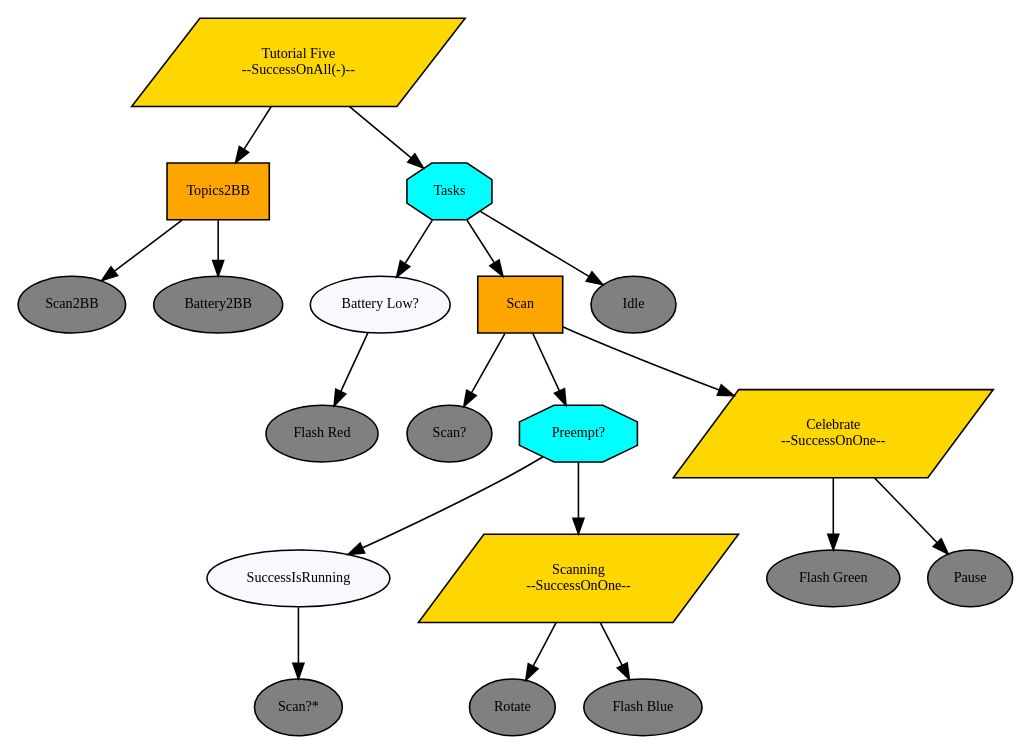
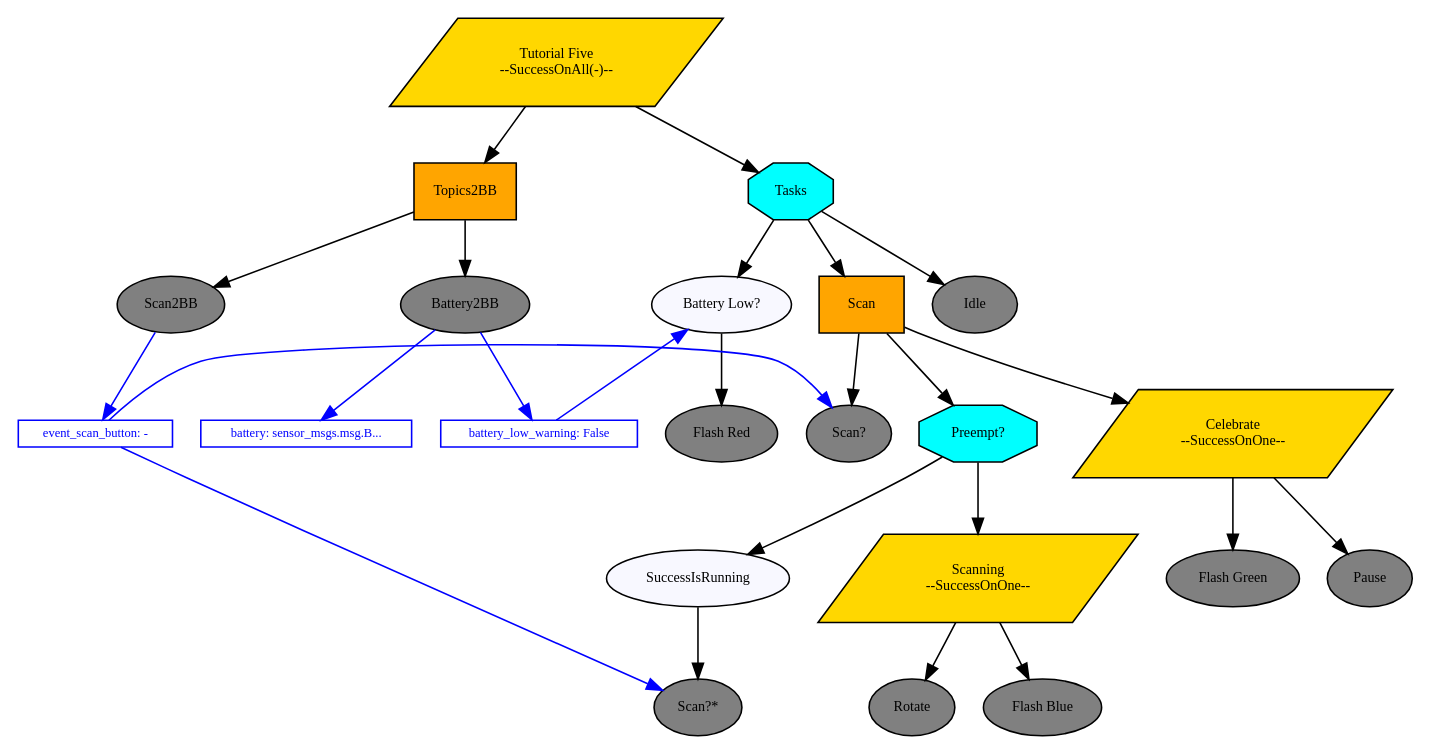
One commit to splintered-reality/py_trees_ros_tutorials changed the diagram in doc/dot/tutorial-five-action-clients.dot. Above: the diagram before and after it, drawn with Graphviz. The commit also changed 13 other files, not shown here.

```diff
--- a/doc/dot/tutorial-five-action-clients.dot
+++ b/doc/dot/tutorial-five-action-clients.dot
@@ -1,42 +1,102 @@
 digraph pastafarianism {
 graph [fontname="times-roman"];
 node [fontname="times-roman"];
 edge [fontname="times-roman"];
 "Tutorial Five" [label="Tutorial Five\n--SuccessOnAll(-)--", shape=parallelogram, style=filled, fillcolor=gold, fontsize=9, fontcolor=black];
 Topics2BB [label=Topics2BB, shape=box, style=filled, fillcolor=orange, fontsize=9, fontcolor=black];
 "Tutorial Five" -> Topics2BB;
 Scan2BB [label=Scan2BB, shape=ellipse, style=filled, fillcolor=gray, fontsize=9, fontcolor=black];
 Topics2BB -> Scan2BB;
 Battery2BB [label=Battery2BB, shape=ellipse, style=filled, fillcolor=gray, fontsize=9, fontcolor=black];
 Topics2BB -> Battery2BB;
+subgraph  {
+label=children_of_Topics2BB;
+rank=same;
+Scan2BB [label=Scan2BB, shape=ellipse, style=filled, fillcolor=gray, fontsize=9, fontcolor=black];
+Battery2BB [label=Battery2BB, shape=ellipse, style=filled, fillcolor=gray, fontsize=9, fontcolor=black];
+}
+
 Tasks [label=Tasks, shape=octagon, style=filled, fillcolor=cyan, fontsize=9, fontcolor=black];
 "Tutorial Five" -> Tasks;
 "Battery Low?" [label="Battery Low?", shape=ellipse, style=filled, fillcolor=ghostwhite, fontsize=9, fontcolor=black];
 Tasks -> "Battery Low?";
 "Flash Red" [label="Flash Red", shape=ellipse, style=filled, fillcolor=gray, fontsize=9, fontcolor=black];
 "Battery Low?" -> "Flash Red";
 Scan [label=Scan, shape=box, style=filled, fillcolor=orange, fontsize=9, fontcolor=black];
 Tasks -> Scan;
 "Scan?" [label="Scan?", shape=ellipse, style=filled, fillcolor=gray, fontsize=9, fontcolor=black];
 Scan -> "Scan?";
 "Preempt?" [label="Preempt?", shape=octagon, style=filled, fillcolor=cyan, fontsize=9, fontcolor=black];
 Scan -> "Preempt?";
 SuccessIsRunning [label=SuccessIsRunning, shape=ellipse, style=filled, fillcolor=ghostwhite, fontsize=9, fontcolor=black];
 "Preempt?" -> SuccessIsRunning;
 "Scan?*" [label="Scan?*", shape=ellipse, style=filled, fillcolor=gray, fontsize=9, fontcolor=black];
 SuccessIsRunning -> "Scan?*";
 Scanning [label="Scanning\n--SuccessOnOne--", shape=parallelogram, style=filled, fillcolor=gold, fontsize=9, fontcolor=black];
 "Preempt?" -> Scanning;
 Rotate [label=Rotate, shape=ellipse, style=filled, fillcolor=gray, fontsize=9, fontcolor=black];
 Scanning -> Rotate;
 "Flash Blue" [label="Flash Blue", shape=ellipse, style=filled, fillcolor=gray, fontsize=9, fontcolor=black];
 Scanning -> "Flash Blue";
+subgraph  {
+label=children_of_Scanning;
+rank=same;
+Rotate [label=Rotate, shape=ellipse, style=filled, fillcolor=gray, fontsize=9, fontcolor=black];
+"Flash Blue" [label="Flash Blue", shape=ellipse, style=filled, fillcolor=gray, fontsize=9, fontcolor=black];
+}
+
+subgraph  {
+label="children_of_Preempt?";
+rank=same;
+SuccessIsRunning [label=SuccessIsRunning, shape=ellipse, style=filled, fillcolor=ghostwhite, fontsize=9, fontcolor=black];
+Scanning [label="Scanning\n--SuccessOnOne--", shape=parallelogram, style=filled, fillcolor=gold, fontsize=9, fontcolor=black];
+}
+
 Celebrate [label="Celebrate\n--SuccessOnOne--", shape=parallelogram, style=filled, fillcolor=gold, fontsize=9, fontcolor=black];
 Scan -> Celebrate;
 "Flash Green" [label="Flash Green", shape=ellipse, style=filled, fillcolor=gray, fontsize=9, fontcolor=black];
 Celebrate -> "Flash Green";
 Pause [label=Pause, shape=ellipse, style=filled, fillcolor=gray, fontsize=9, fontcolor=black];
 Celebrate -> Pause;
+subgraph  {
+label=children_of_Celebrate;
+rank=same;
+"Flash Green" [label="Flash Green", shape=ellipse, style=filled, fillcolor=gray, fontsize=9, fontcolor=black];
+Pause [label=Pause, shape=ellipse, style=filled, fillcolor=gray, fontsize=9, fontcolor=black];
+}
+
+subgraph  {
+label=children_of_Scan;
+rank=same;
+"Scan?" [label="Scan?", shape=ellipse, style=filled, fillcolor=gray, fontsize=9, fontcolor=black];
+"Preempt?" [label="Preempt?", shape=octagon, style=filled, fillcolor=cyan, fontsize=9, fontcolor=black];
+Celebrate [label="Celebrate\n--SuccessOnOne--", shape=parallelogram, style=filled, fillcolor=gold, fontsize=9, fontcolor=black];
+}
+
 Idle [label=Idle, shape=ellipse, style=filled, fillcolor=gray, fontsize=9, fontcolor=black];
 Tasks -> Idle;
+subgraph  {
+label=children_of_Tasks;
+rank=same;
+"Battery Low?" [label="Battery Low?", shape=ellipse, style=filled, fillcolor=ghostwhite, fontsize=9, fontcolor=black];
+Scan [label=Scan, shape=box, style=filled, fillcolor=orange, fontsize=9, fontcolor=black];
+Idle [label=Idle, shape=ellipse, style=filled, fillcolor=gray, fontsize=9, fontcolor=black];
 }
+
+subgraph  {
+label="children_of_Tutorial Five";
+rank=same;
+Topics2BB [label=Topics2BB, shape=box, style=filled, fillcolor=orange, fontsize=9, fontcolor=black];
+Tasks [label=Tasks, shape=octagon, style=filled, fillcolor=cyan, fontsize=9, fontcolor=black];
+}
+
+event_scan_button [label="event_scan_button: -", shape=box, style=filled, color=blue, fillcolor=white, fontsize=8, fontcolor=blue, width=0, height=0, fixedsize=False];
+event_scan_button -> "Scan?*"  [color=blue, constraint=False];
+event_scan_button -> "Scan?"  [color=blue, constraint=False];
+Scan2BB -> event_scan_button  [color=blue, constraint=True];
+battery [label="battery: sensor_msgs.msg.B...", shape=box, style=filled, color=blue, fillcolor=white, fontsize=8, fontcolor=blue, width=0, height=0, fixedsize=False];
+Battery2BB -> battery  [color=blue, constraint=True];
+battery_low_warning [label="battery_low_warning: False", shape=box, style=filled, color=blue, fillcolor=white, fontsize=8, fontcolor=blue, width=0, height=0, fixedsize=False];
+battery_low_warning -> "Battery Low?"  [color=blue, constraint=False];
+Battery2BB -> battery_low_warning  [color=blue, constraint=True];
+}
```
